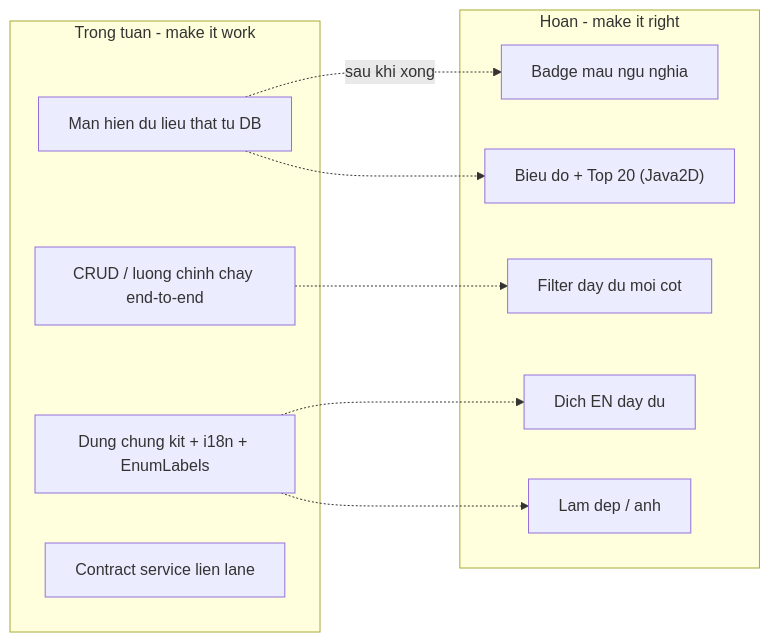
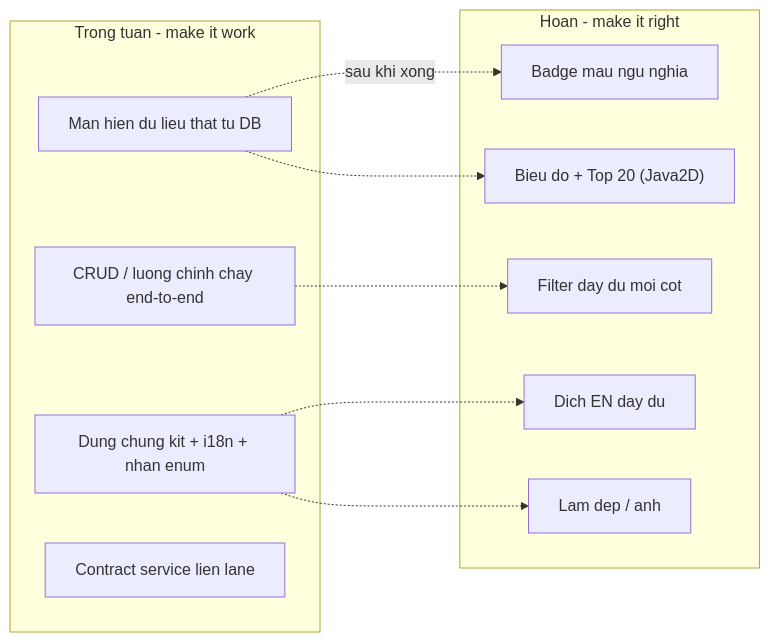
One commit to MaiTheHao/iuh-fall2026-ptud changed the ninth of 10 diagrams in assets/tasks/DGRAPH.md. Above: the diagram before and after it, drawn with Mermaid. The commit also changed other lines of this file and 5 other files, not shown here.

````diff
--- a/assets/tasks/DGRAPH.md
+++ b/assets/tasks/DGRAPH.md
@@ -315,23 +275,23 @@
 ```mermaid
 flowchart LR
     subgraph sgIn["Trong tuan - make it work"]
         in1["Man hien du lieu that tu DB"]
         in2["CRUD / luong chinh chay end-to-end"]
-        in3["Dung chung kit + i18n + EnumLabels"]
+        in3["Dung chung kit + i18n + nhan enum"]
         in4["Contract service lien lane"]
     end
 
     subgraph sgOut["Hoan - make it right"]
         hn1["Badge mau ngu nghia"]
         hn2["Filter day du moi cot"]
         hn3["Bieu do + Top 20 (Java2D)"]
         hn4["Dich EN day du"]
         hn5["Lam dep / anh"]
     end
 
     in1 -.->|"sau khi xong"| hn1
     in2 -.-> hn2
     in3 -.-> hn4
     in1 -.-> hn3
     in3 -.-> hn5
 ```
````
